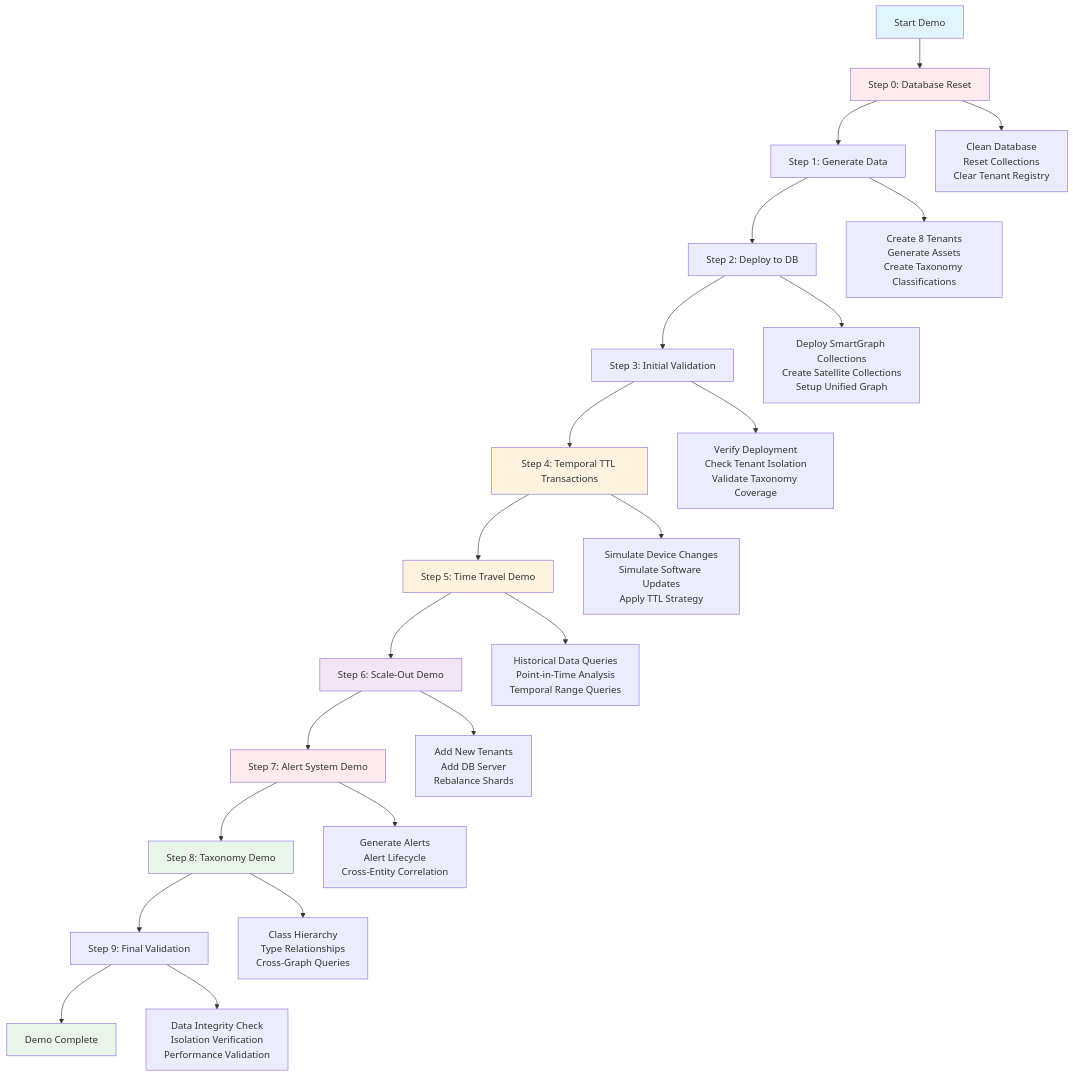
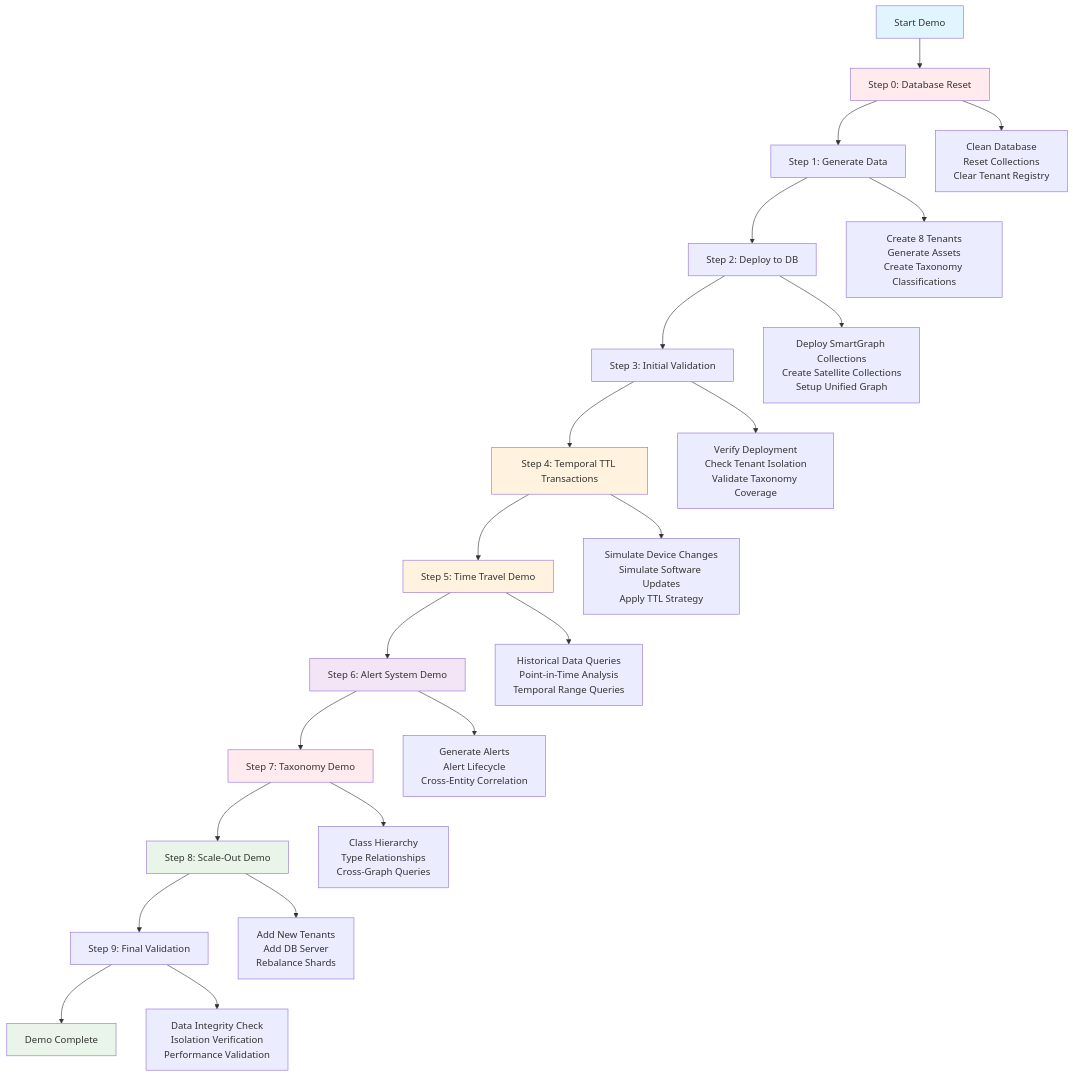
Before and after one commit to ArthurKeen/scalable-multi-tenant-temporal-graph-reference-implementation: the second of 2 diagrams in README.md, drawn with Mermaid. The commit also changed other lines of this file and 1 other file, not shown here.

First line of the commit message:
Fix demo flow order on main: Scale-Out Operations at Step 8

````diff
--- a/README.md
+++ b/README.md
@@ -603,34 +603,34 @@
 ```mermaid
 graph TD
     A[Start Demo] --> A0[Step 0: Database Reset]
     A0 --> B[Step 1: Generate Data]
     B --> C[Step 2: Deploy to DB]
     C --> D[Step 3: Initial Validation]
     D --> E[Step 4: Temporal TTL Transactions]
     E --> F[Step 5: Time Travel Demo]
-    F --> G[Step 6: Scale-Out Demo]
-    G --> H[Step 7: Alert System Demo]
-    H --> I[Step 8: Taxonomy Demo]
+    F --> G[Step 6: Alert System Demo]
+    G --> H[Step 7: Taxonomy Demo]
+    H --> I[Step 8: Scale-Out Demo]
     I --> J[Step 9: Final Validation]
     J --> K[Demo Complete]
     
     A0 --> A01[Clean Database<br/>Reset Collections<br/>Clear Tenant Registry]
     B --> B1[Create 8 Tenants<br/>Generate Assets<br/>Create Taxonomy Classifications]
     C --> C1[Deploy SmartGraph Collections<br/>Create Satellite Collections<br/>Setup Unified Graph]
     D --> D1[Verify Deployment<br/>Check Tenant Isolation<br/>Validate Taxonomy Coverage]
     E --> E1[Simulate Device Changes<br/>Simulate Software Updates<br/>Apply TTL Strategy]
     F --> F1[Historical Data Queries<br/>Point-in-Time Analysis<br/>Temporal Range Queries]
-    G --> G1[Add New Tenants<br/>Add DB Server<br/>Rebalance Shards]
-    H --> H1[Generate Alerts<br/>Alert Lifecycle<br/>Cross-Entity Correlation]
-    I --> I1[Class Hierarchy<br/>Type Relationships<br/>Cross-Graph Queries]
+    G --> G1[Generate Alerts<br/>Alert Lifecycle<br/>Cross-Entity Correlation]
+    H --> H1[Class Hierarchy<br/>Type Relationships<br/>Cross-Graph Queries]
+    I --> I1[Add New Tenants<br/>Add DB Server<br/>Rebalance Shards]
     J --> J1[Data Integrity Check<br/>Isolation Verification<br/>Performance Validation]
     
     style A fill:#e1f5fe
     style A0 fill:#ffebee
     style K fill:#e8f5e8
     style E fill:#fff3e0
     style F fill:#fff3e0
     style G fill:#f3e5f5
     style H fill:#ffebee
     style I fill:#e8f5e8
 ```
````
